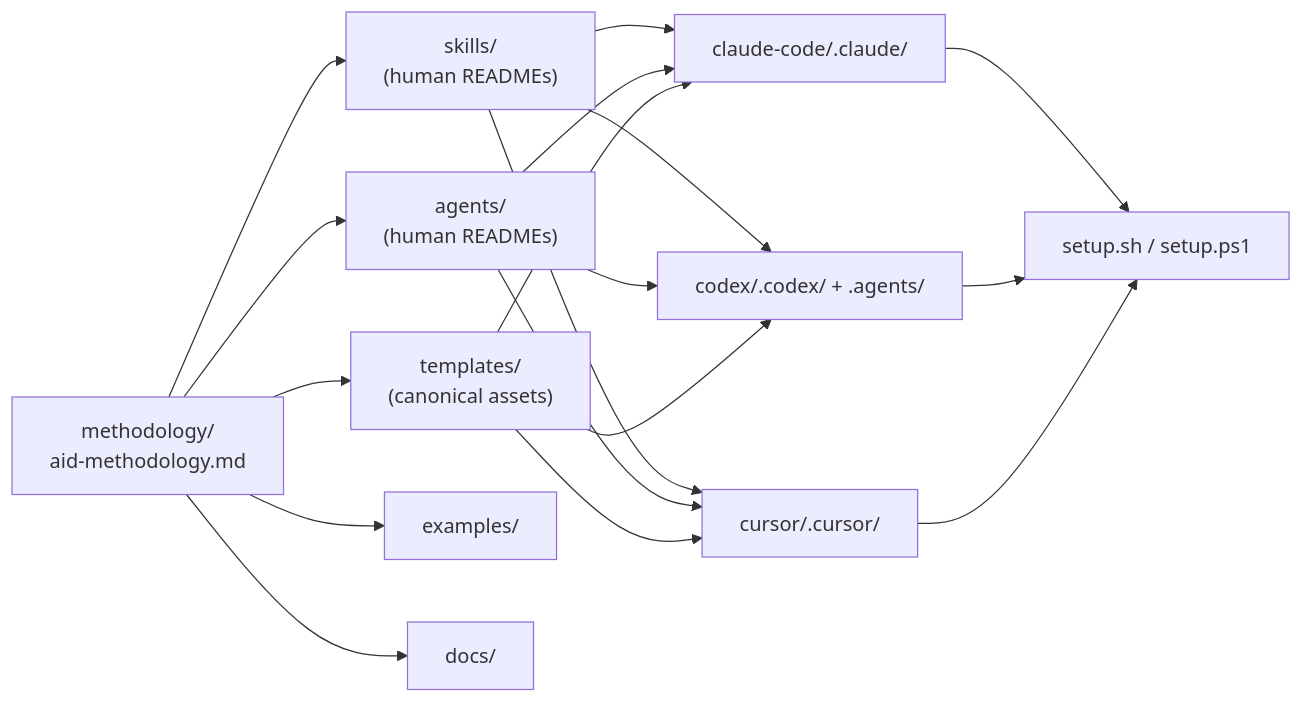
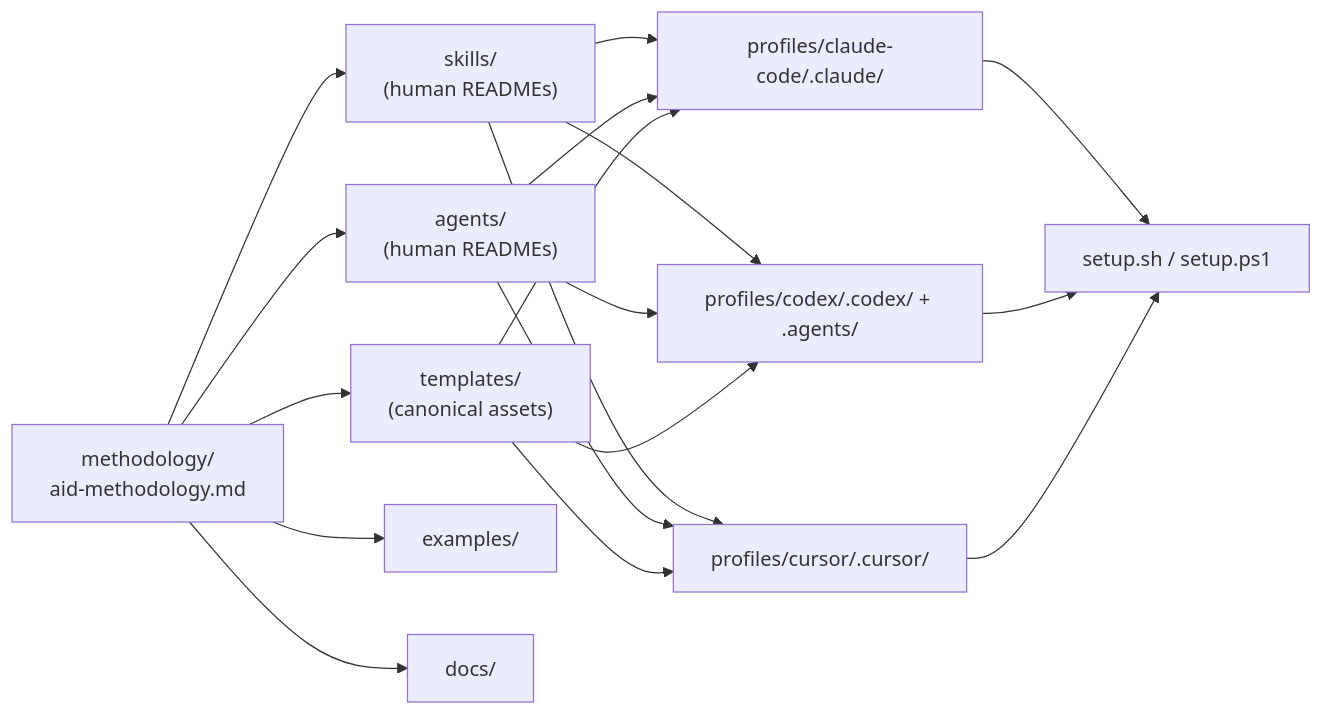
Before and after one commit to AndreVianna/aid-methodology: the second of 3 diagrams in .aid/knowledge/architecture.md, drawn with Mermaid. The commit also changed other lines of this file and 383 other files, not shown here.

````diff
--- a/.aid/knowledge/architecture.md
+++ b/.aid/knowledge/architecture.md
@@ -203,31 +203,31 @@
 ```mermaid
 flowchart LR
   M["methodology/<br/>aid-methodology.md"]
   S["skills/<br/>(human READMEs)"]
   A["agents/<br/>(human READMEs)"]
   T["templates/<br/>(canonical assets)"]
-  CC["claude-code/.claude/"]
-  CX["codex/.codex/ + .agents/"]
-  CU["cursor/.cursor/"]
+  CC["profiles/claude-code/.claude/"]
+  CX["profiles/codex/.codex/ + .agents/"]
+  CU["profiles/cursor/.cursor/"]
   I["setup.sh / setup.ps1"]
   EX["examples/"]
   D["docs/"]
 
   M --> S
   M --> A
   M --> T
   M --> EX
   M --> D
   S --> CC
   S --> CX
   S --> CU
   A --> CC
   A --> CX
   A --> CU
   T --> CC
   T --> CX
   T --> CU
   CC --> I
   CX --> I
   CU --> I
 ```
````
